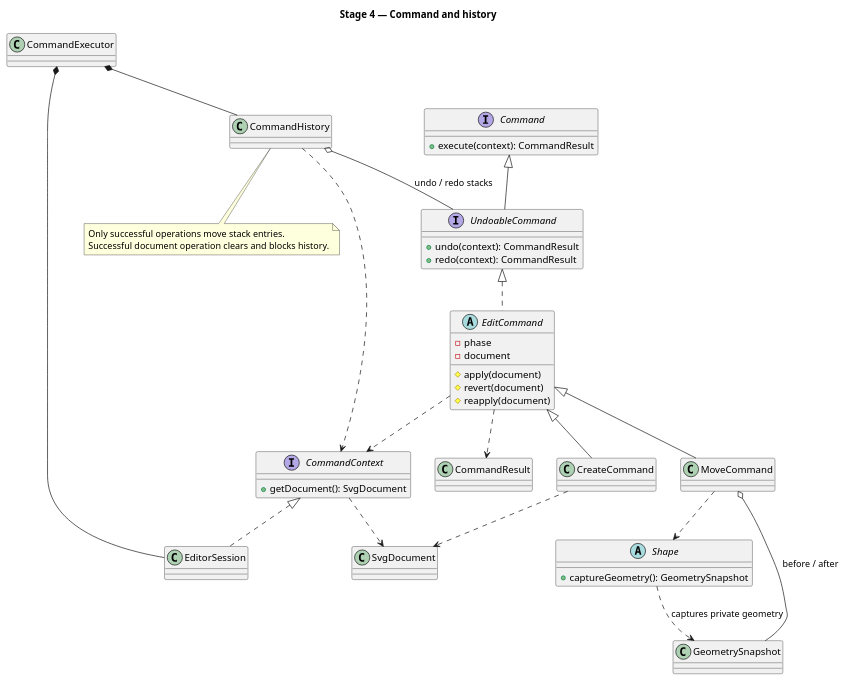
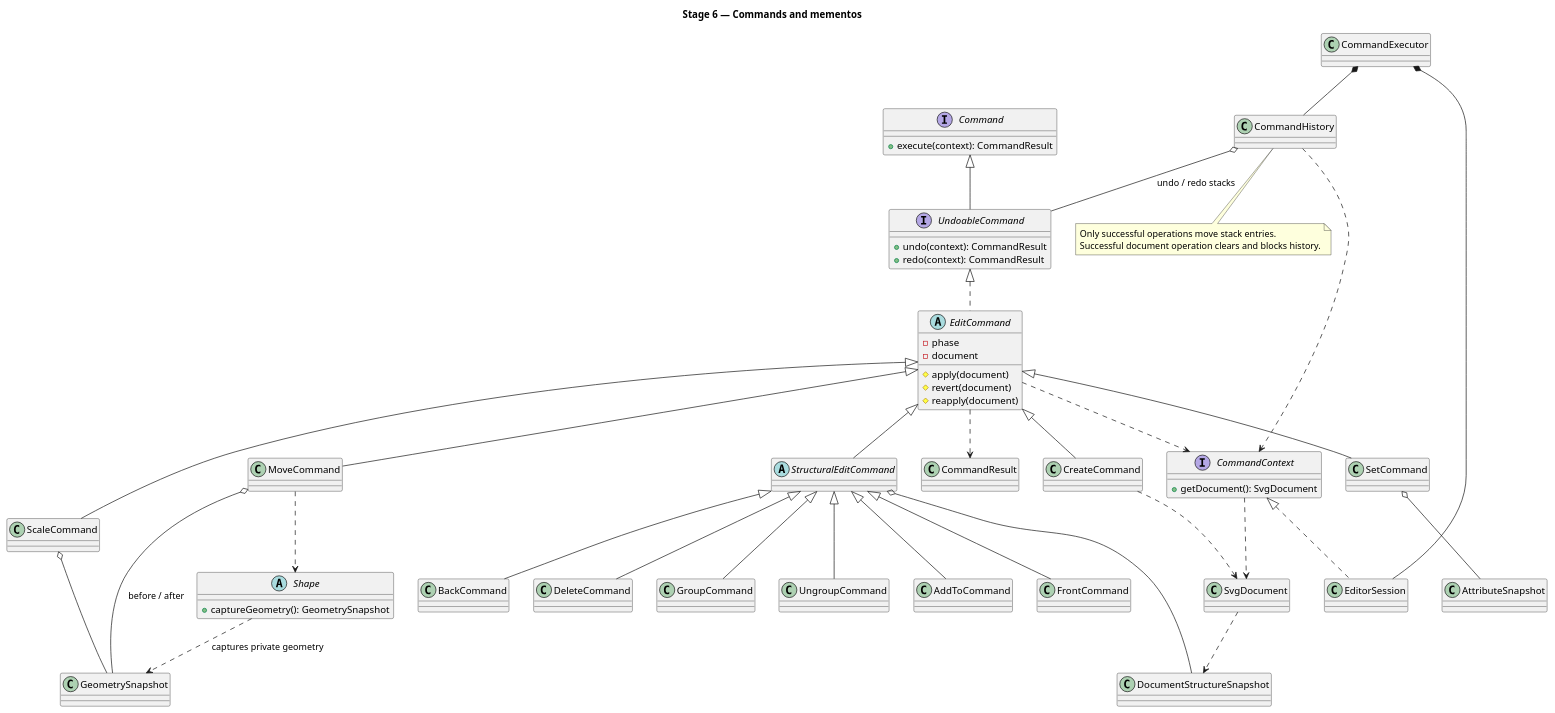
The diagram in doc/commands.puml (Liusizhuozhuo/svg-editor-lab1), drawn with PlantUML before and after one commit. The commit also changed 30 other files, not shown here.

```diff
--- a/doc/commands.puml
+++ b/doc/commands.puml
@@ -1,51 +1,75 @@
 @startuml
- title Stage 4 — Command and history
+ title Stage 6 — Commands and mementos
  interface CommandContext {
    + getDocument(): SvgDocument
  }
  interface Command {
    + execute(context): CommandResult
  }
  interface UndoableCommand {
    + undo(context): CommandResult
    + redo(context): CommandResult
  }
  abstract class EditCommand {
    - phase
    - document
    # apply(document)
    # revert(document)
    # reapply(document)
  }
  class CreateCommand
  class MoveCommand
  class CommandResult
  class EditorSession
  class CommandExecutor
  class CommandHistory
  class SvgDocument
  class GeometrySnapshot
  abstract class Shape {
    + captureGeometry(): GeometrySnapshot
  }
  Command <|-- UndoableCommand
  UndoableCommand <|.. EditCommand
  EditCommand <|-- CreateCommand
  EditCommand <|-- MoveCommand
  CommandContext <|.. EditorSession
  CommandExecutor *-- EditorSession
  CommandExecutor *-- CommandHistory
  CommandHistory o-- UndoableCommand : undo / redo stacks
  CommandHistory ..> CommandContext
  EditCommand ..> CommandContext
  EditCommand ..> CommandResult
  CommandContext ..> SvgDocument
  CreateCommand ..> SvgDocument
  MoveCommand ..> Shape
  MoveCommand o-- GeometrySnapshot : before / after
  Shape ..> GeometrySnapshot : captures private geometry
  note bottom of CommandHistory
    Only successful operations move stack entries.
    Successful document operation clears and blocks history.
  end note
+ abstract class StructuralEditCommand
+ class DeleteCommand
+ class GroupCommand
+ class UngroupCommand
+ class AddToCommand
+ class FrontCommand
+ class BackCommand
+ class ScaleCommand
+ class SetCommand
+ class AttributeSnapshot
+ class DocumentStructureSnapshot
+ EditCommand <|-- StructuralEditCommand
+ StructuralEditCommand <|-- DeleteCommand
+ StructuralEditCommand <|-- GroupCommand
+ StructuralEditCommand <|-- UngroupCommand
+ StructuralEditCommand <|-- AddToCommand
+ StructuralEditCommand <|-- FrontCommand
+ StructuralEditCommand <|-- BackCommand
+ EditCommand <|-- ScaleCommand
+ EditCommand <|-- SetCommand
+ ScaleCommand o-- GeometrySnapshot
+ SetCommand o-- AttributeSnapshot
+ StructuralEditCommand o-- DocumentStructureSnapshot
+ SvgDocument ..> DocumentStructureSnapshot
 @enduml
```
